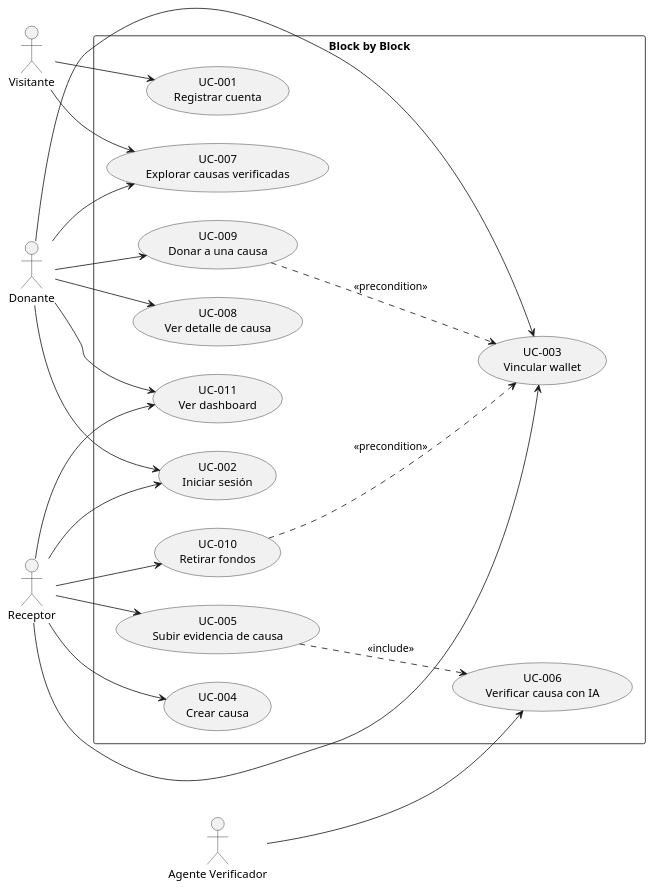
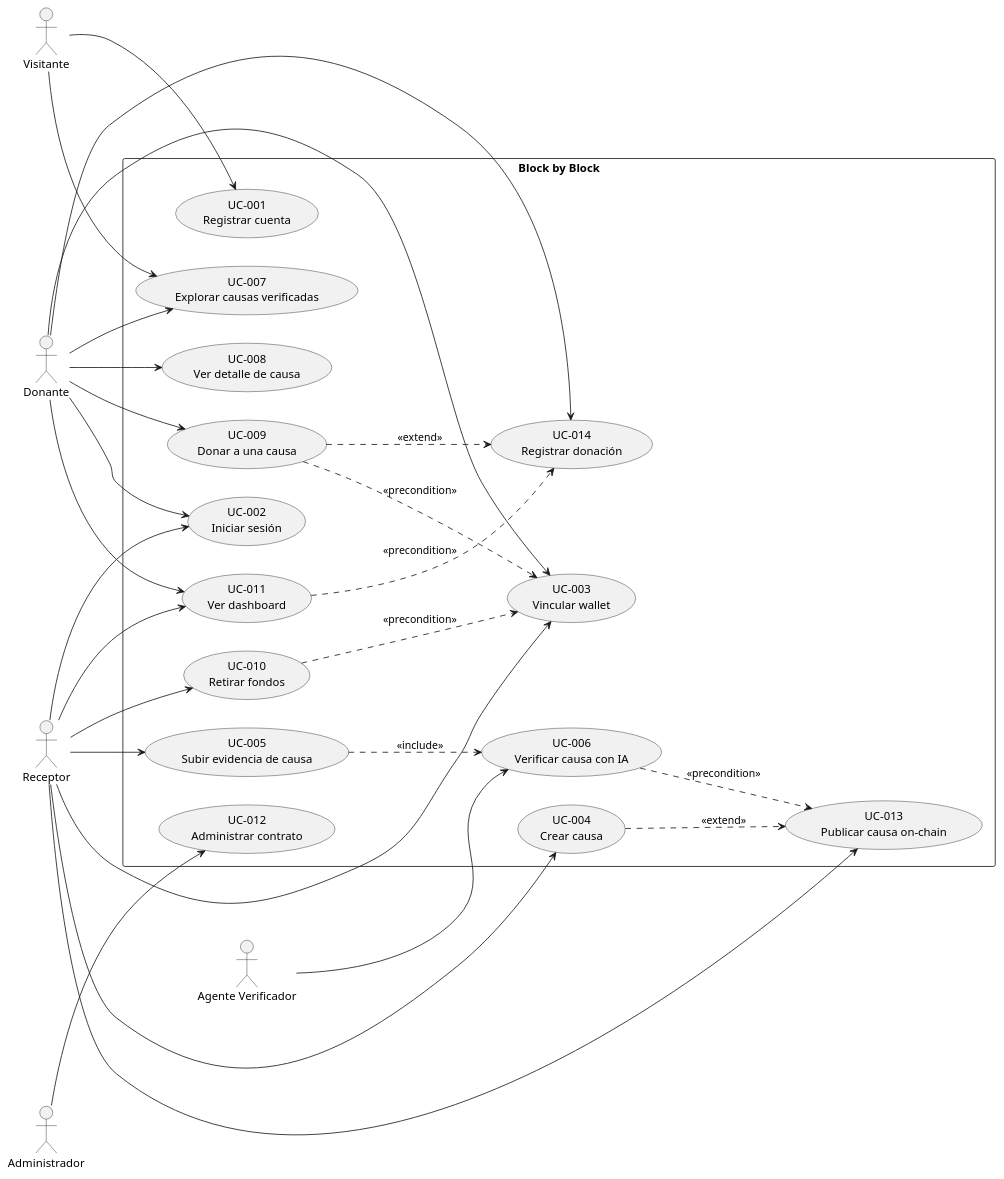
Before and after one commit to mauc-agentic/block-by-block: the diagram in docs/use_cases.puml, drawn with PlantUML. The commit also changed 4837 other files, not shown here.

```diff
--- a/docs/use_cases.puml
+++ b/docs/use_cases.puml
@@ -1,43 +1,54 @@
 @startuml Use Cases Overview
 left to right direction
 
 actor "Visitante" as visitor
 actor "Donante" as donor
 actor "Receptor" as recipient
 actor "Agente Verificador" as agent
+actor "Administrador" as admin
 
 rectangle "Block by Block" {
     usecase "UC-001\nRegistrar cuenta" as UC001
     usecase "UC-002\nIniciar sesión" as UC002
     usecase "UC-003\nVincular wallet" as UC003
     usecase "UC-004\nCrear causa" as UC004
     usecase "UC-005\nSubir evidencia de causa" as UC005
     usecase "UC-006\nVerificar causa con IA" as UC006
     usecase "UC-007\nExplorar causas verificadas" as UC007
     usecase "UC-008\nVer detalle de causa" as UC008
     usecase "UC-009\nDonar a una causa" as UC009
     usecase "UC-010\nRetirar fondos" as UC010
     usecase "UC-011\nVer dashboard" as UC011
+    usecase "UC-012\nAdministrar contrato" as UC012
+    usecase "UC-013\nPublicar causa on-chain" as UC013
+    usecase "UC-014\nRegistrar donación" as UC014
 }
 
 visitor --> UC001
 visitor --> UC007
 donor --> UC002
 recipient --> UC002
 donor --> UC003
 recipient --> UC003
 recipient --> UC004
 recipient --> UC005
+recipient --> UC013
 agent --> UC006
+admin --> UC012
 donor --> UC007
 donor --> UC008
 donor --> UC009
+donor --> UC014
 recipient --> UC010
 donor --> UC011
 recipient --> UC011
 
 UC005 ..> UC006 : <<include>>
+UC004 ..> UC013 : <<extend>>
+UC006 ..> UC013 : <<precondition>>
+UC009 ..> UC014 : <<extend>>
+UC011 ..> UC014 : <<precondition>>
 UC009 ..> UC003 : <<precondition>>
 UC010 ..> UC003 : <<precondition>>
 
 @enduml
```
